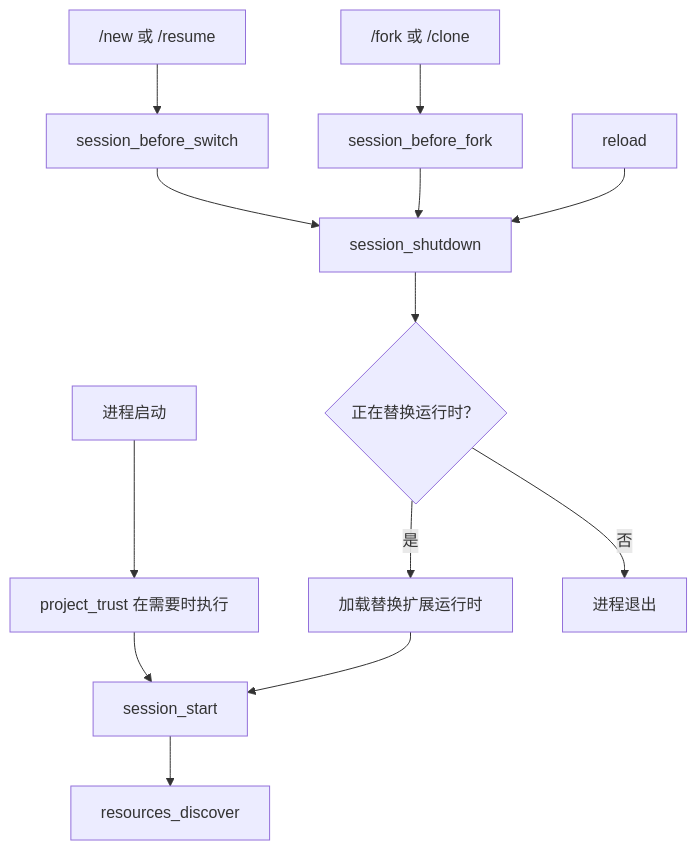
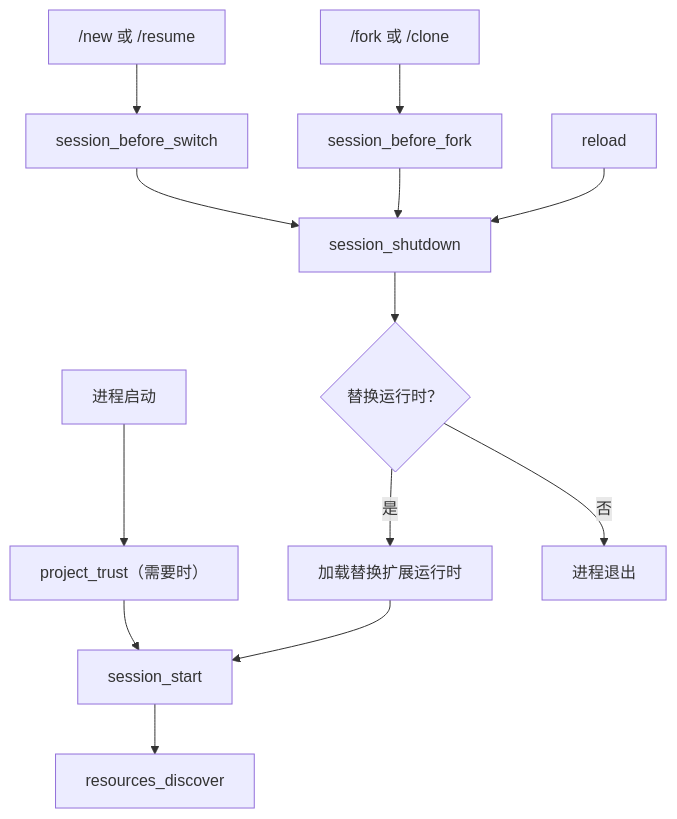
One commit to Lizhen0628/pi-dev-chinese changed the third of 3 diagrams in docs-md/extensions.md. Above: the diagram before and after it, drawn with Mermaid. The commit also changed other lines of this file and 4 other files, not shown here.

````diff
--- a/docs-md/extensions.md
+++ b/docs-md/extensions.md
@@ -112,15 +129,15 @@
 ```mermaid
 flowchart TD
-    Startup["进程启动"] --> Trust["project_trust 在需要时执行"]
+    Startup["进程启动"] --> Trust["project_trust（需要时）"]
     Trust --> SessionStart["session_start"]
     Switch["/new 或 /resume"] --> BeforeSwitch["session_before_switch"]
     Fork["/fork 或 /clone"] --> BeforeFork["session_before_fork"]
     BeforeSwitch --> Shutdown["session_shutdown"]
     BeforeFork --> Shutdown
     Reload["reload"] --> Shutdown
-    Shutdown --> Replacing{"正在替换运行时？"}
+    Shutdown --> Replacing{"替换运行时？"}
     Replacing -->|是| Replacement["加载替换扩展运行时"]
     Replacement --> SessionStart
     Replacing -->|否| Stop["进程退出"]
     SessionStart --> Discover["resources_discover"]
 ```
````
